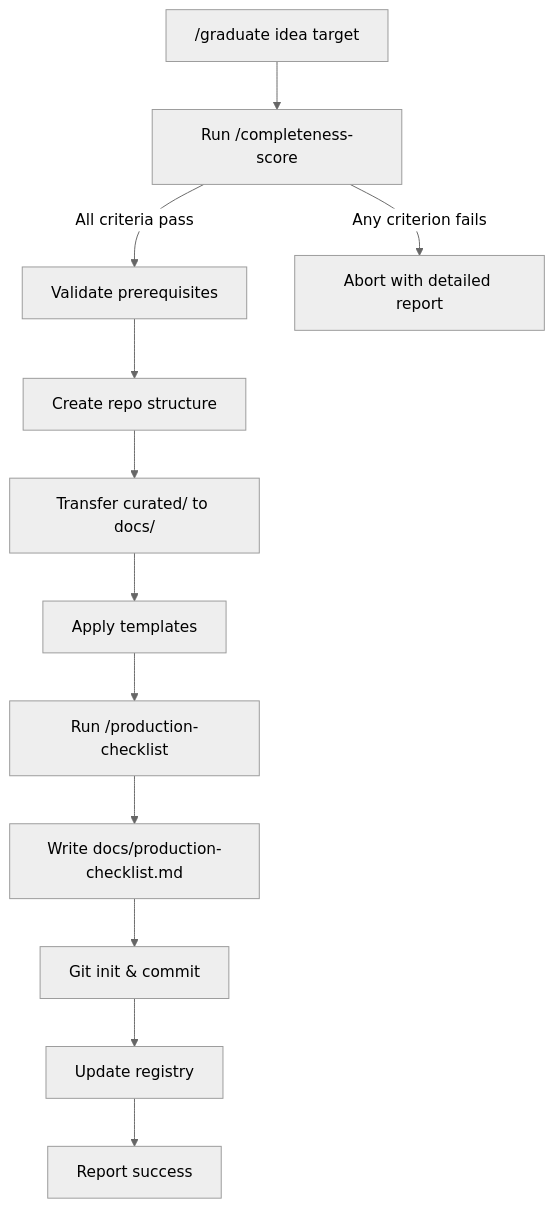
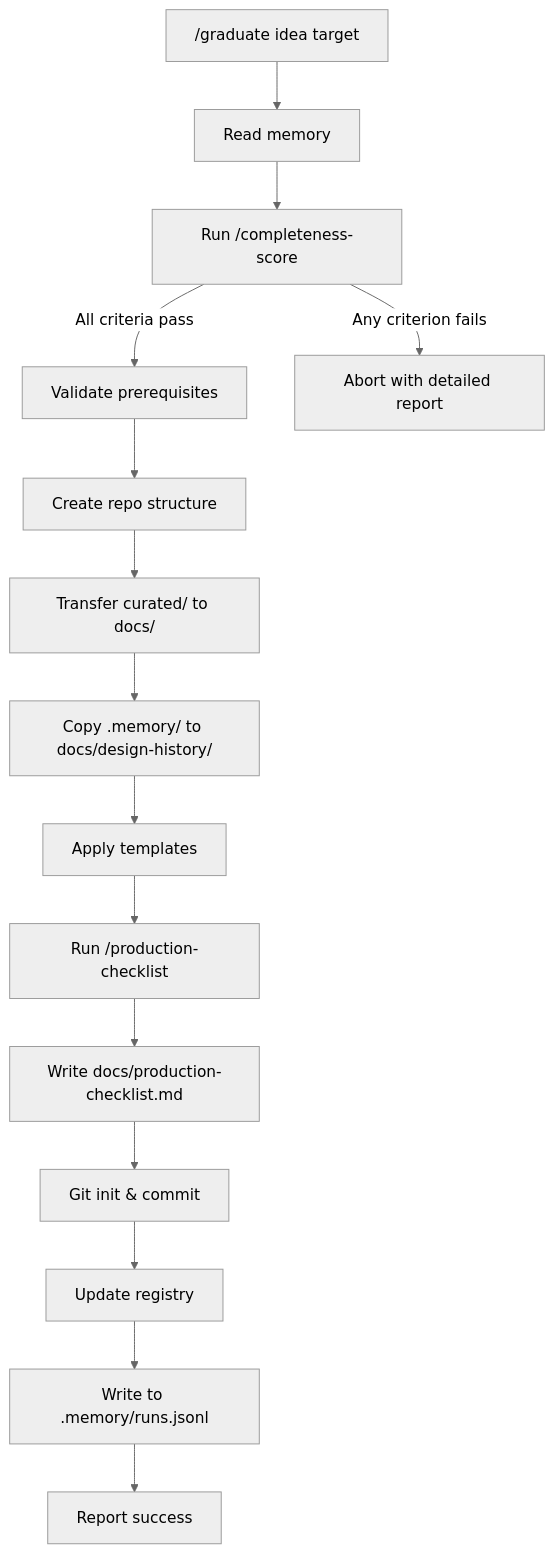
The diagram in .claude/skills/graduate.md (shakilbd009/ai-refinery), drawn with Mermaid (neutral theme) before and after one commit. The commit also changed other lines of this file and 5 other files, not shown here.

````diff
--- a/.claude/skills/graduate.md
+++ b/.claude/skills/graduate.md
@@ -189,14 +274,17 @@
 ```mermaid
 graph TD
-    A["/graduate idea target"] --> B["Run /completeness-score"]
+    A["/graduate idea target"] --> A1["Read memory"]
+    A1 --> B["Run /completeness-score"]
     B -->|All criteria pass| C["Validate prerequisites"]
     B -->|Any criterion fails| D["Abort with detailed report"]
     C --> E["Create repo structure"]
     E --> F["Transfer curated/ to docs/"]
-    F --> G["Apply templates"]
+    F --> F1["Copy .memory/ to docs/design-history/"]
+    F1 --> G["Apply templates"]
     G --> H["Run /production-checklist"]
     H --> I["Write docs/production-checklist.md"]
     I --> J["Git init & commit"]
     J --> K["Update registry"]
-    K --> L["Report success"]
+    K --> K1["Write to .memory/runs.jsonl"]
+    K1 --> L["Report success"]
 ```
````
